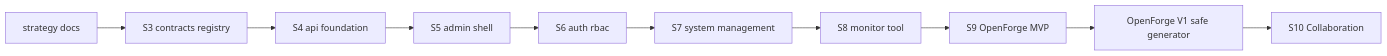
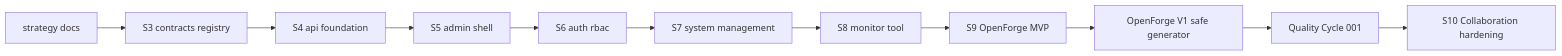
One commit to Gan-Xing/OpenCore changed the second of 3 diagrams in docs/strategy/staged-roadmap.md. Above: the diagram before and after it, drawn with Mermaid. The commit also changed other lines of this file and 11 other files, not shown here.

First line of the commit message:
docs(roadmap): document module admission boundaries / 记录模块准入边界

````diff
--- a/docs/strategy/staged-roadmap.md
+++ b/docs/strategy/staged-roadmap.md
@@ -46,12 +47,13 @@
 ```mermaid
 flowchart LR
   DOCS[strategy docs] --> S3[S3 contracts registry]
   S3 --> S4[S4 api foundation]
   S4 --> S5[S5 admin shell]
   S5 --> S6[S6 auth rbac]
   S6 --> S7[S7 system management]
   S7 --> S8[S8 monitor tool]
   S8 --> S9[S9 OpenForge MVP]
   S9 --> V1[OpenForge V1 safe generator]
-  V1 --> S10[S10 Collaboration]
+  V1 --> Q001[Quality Cycle 001]
+  Q001 --> S10[S10 Collaboration hardening]
 ```
````
